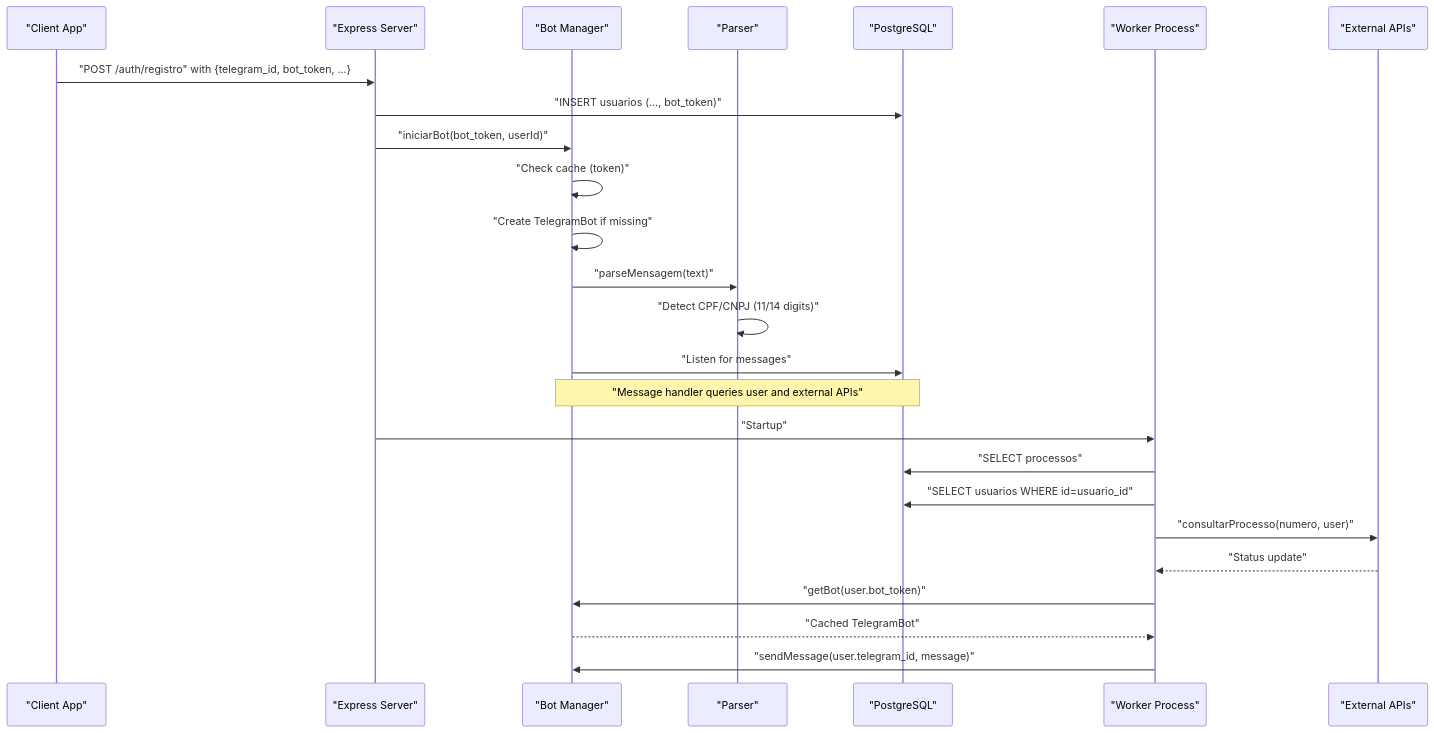
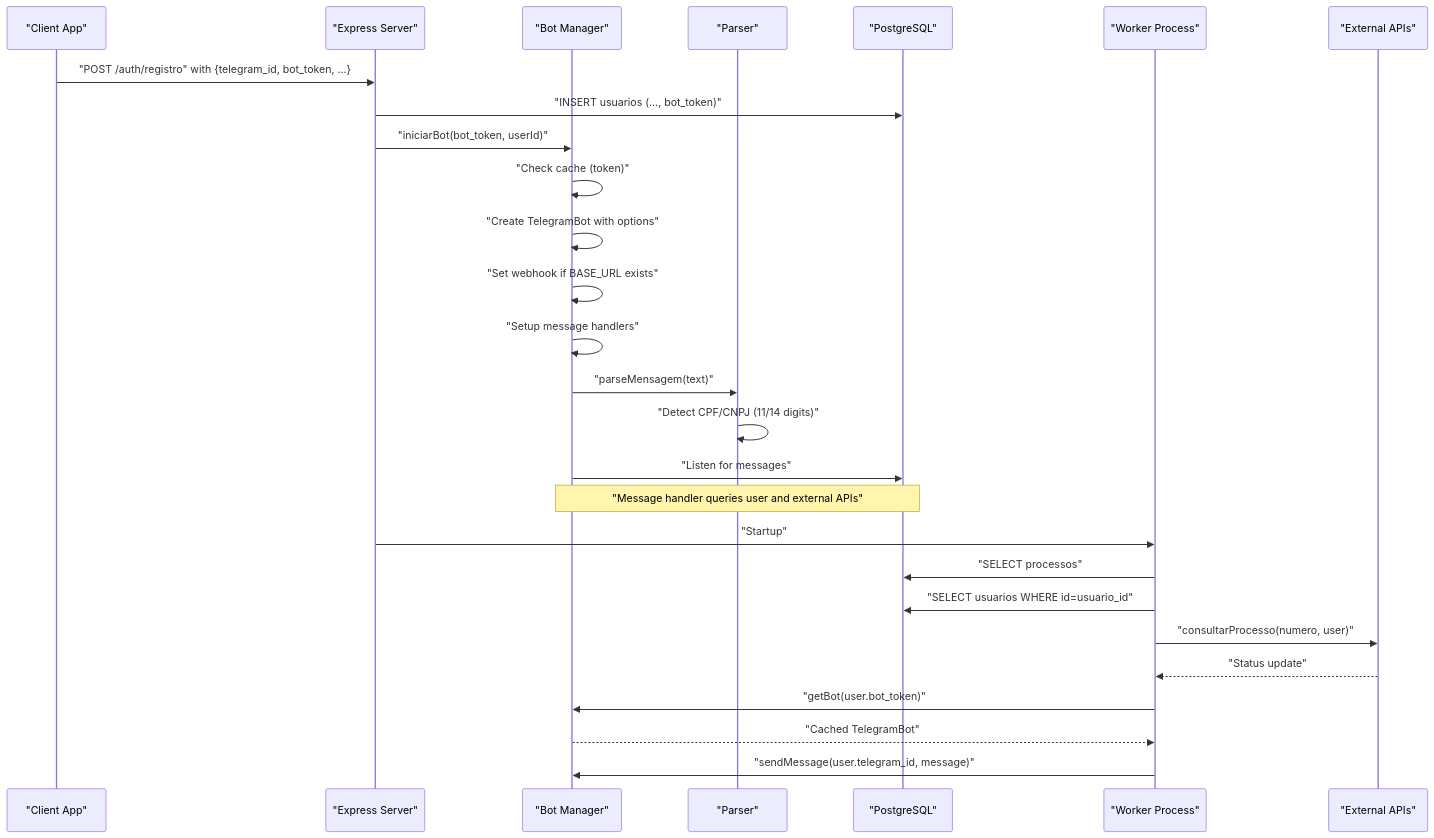
Before and after one commit to Alexandrexicara/bot-processos: the second of 11 diagrams in .qoder/repowiki/en/content/Telegram Bot Integration/Bot Management System.md, drawn with Mermaid. The commit also changed other lines of this file and 2 other files, not shown here.

````diff
--- a/.qoder/repowiki/en/content/Telegram Bot Integration/Bot Management System.md
+++ b/.qoder/repowiki/en/content/Telegram Bot Integration/Bot Management System.md
@@ -138,27 +141,29 @@
 ```mermaid
 sequenceDiagram
 participant Client as "Client App"
 participant Server as "Express Server"
 participant BotMgr as "Bot Manager"
 participant Parser as "Parser"
 participant DB as "PostgreSQL"
 participant Worker as "Worker Process"
 participant ExtAPI as "External APIs"
 Client->>Server : "POST /auth/registro" with {telegram_id, bot_token, ...}
 Server->>DB : "INSERT usuarios (..., bot_token)"
 Server->>BotMgr : "iniciarBot(bot_token, userId)"
 BotMgr->>BotMgr : "Check cache (token)"
-BotMgr->>BotMgr : "Create TelegramBot if missing"
+BotMgr->>BotMgr : "Create TelegramBot with options"
+BotMgr->>BotMgr : "Set webhook if BASE_URL exists"
+BotMgr->>BotMgr : "Setup message handlers"
 BotMgr->>Parser : "parseMensagem(text)"
 Parser->>Parser : "Detect CPF/CNPJ (11/14 digits)"
 BotMgr->>DB : "Listen for messages"
 Note over BotMgr,DB : "Message handler queries user and external APIs"
 Server->>Worker : "Startup"
 Worker->>DB : "SELECT processos"
 Worker->>DB : "SELECT usuarios WHERE id=usuario_id"
 Worker->>ExtAPI : "consultarProcesso(numero, user)"
 ExtAPI-->>Worker : "Status update"
 Worker->>BotMgr : "getBot(user.bot_token)"
 BotMgr-->>Worker : "Cached TelegramBot"
 Worker->>BotMgr : "sendMessage(user.telegram_id, message)"
 ```
````
